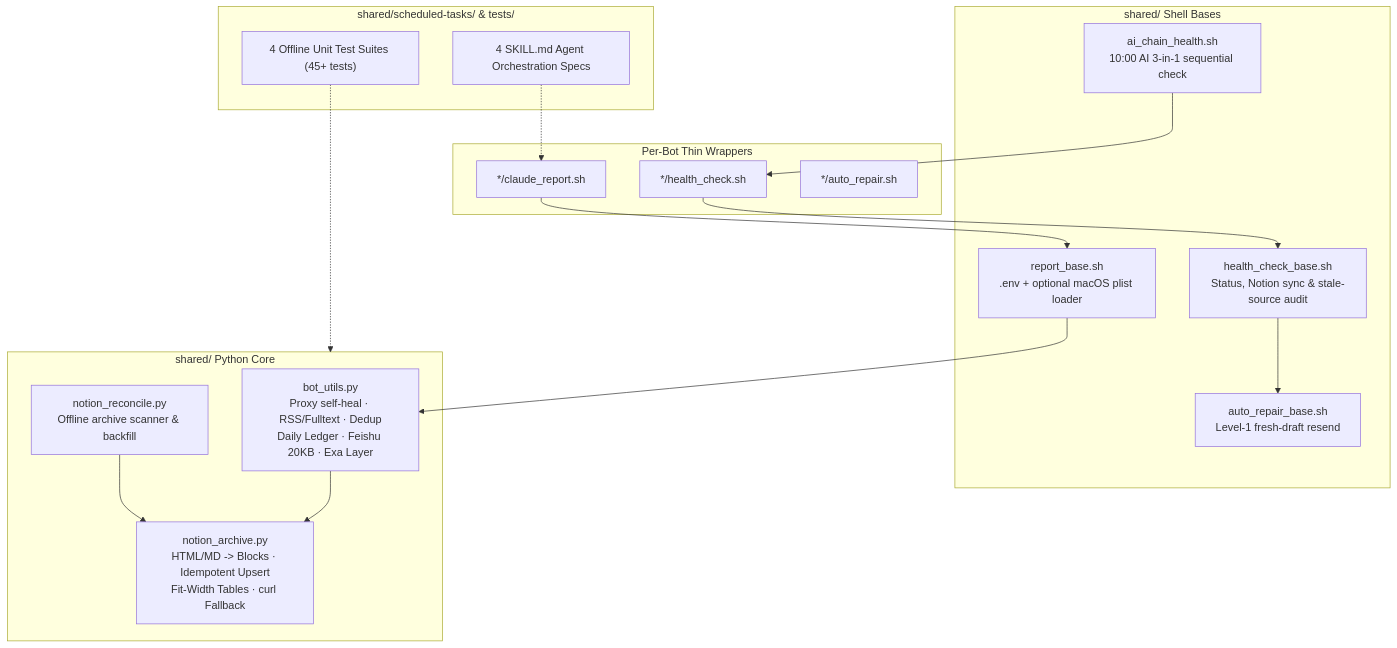
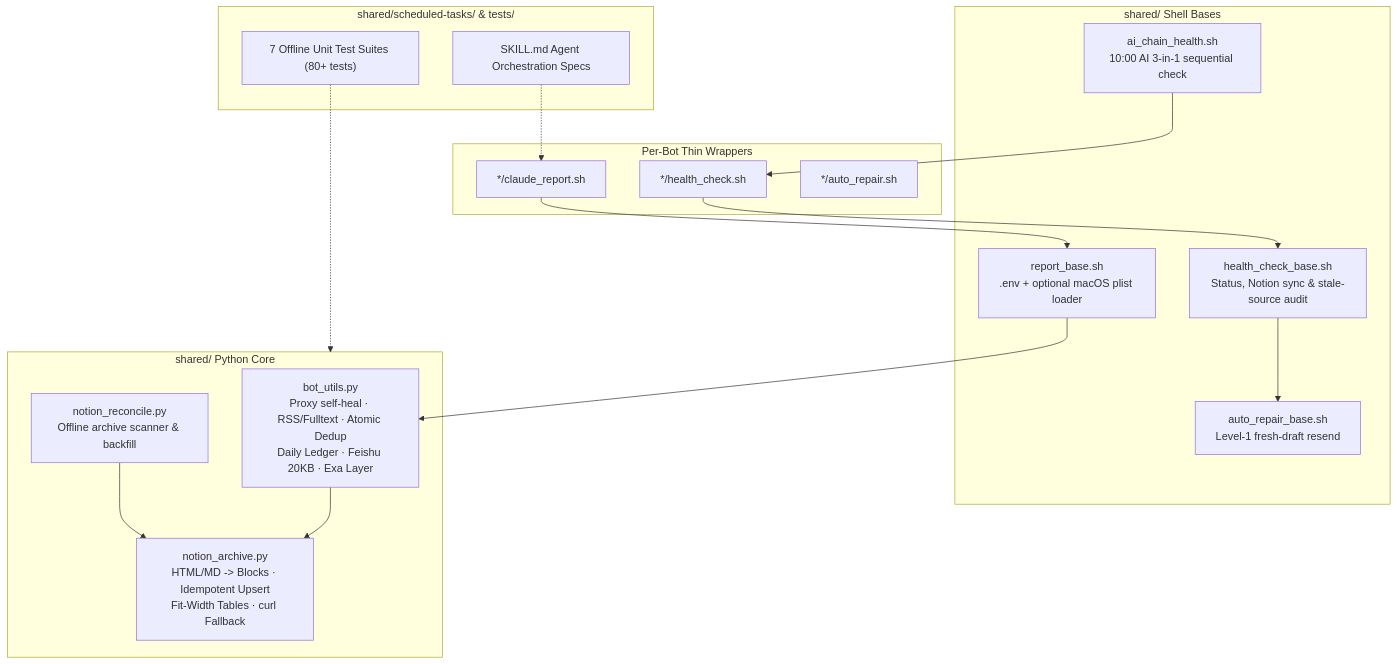
One commit to shirleyisdoingrightthings/daily-bots changed the diagram in shared/README.md. Above: the diagram before and after it, drawn with Mermaid. The commit also changed other lines of this file and 28 other files, not shown here.

````diff
--- a/shared/README.md
+++ b/shared/README.md
@@ -11,34 +11,34 @@
 ```mermaid
 flowchart TB
     subgraph Wrappers["Per-Bot Thin Wrappers"]
         W1["*/claude_report.sh"]
         W2["*/health_check.sh"]
         W3["*/auto_repair.sh"]
     end
 
     subgraph ShellBase["shared/ Shell Bases"]
         RB["report_base.sh<br/>.env + optional macOS plist loader"]
         HB["health_check_base.sh<br/>Status, Notion sync &amp; stale-source audit"]
         AB["auto_repair_base.sh<br/>Level-1 fresh-draft resend"]
         AC["ai_chain_health.sh<br/>10:00 AI 3-in-1 sequential check"]
     end
 
     subgraph PyCore["shared/ Python Core"]
-        BU["bot_utils.py<br/>Proxy self-heal · RSS/Fulltext · Dedup<br/>Daily Ledger · Feishu 20KB · Exa Layer"]
+        BU["bot_utils.py<br/>Proxy self-heal · RSS/Fulltext · Atomic Dedup<br/>Daily Ledger · Feishu 20KB · Exa Layer"]
         NA["notion_archive.py<br/>HTML/MD -&gt; Blocks · Idempotent Upsert<br/>Fit-Width Tables · curl Fallback"]
         NR["notion_reconcile.py<br/>Offline archive scanner &amp; backfill"]
     end
 
     subgraph Specs["shared/scheduled-tasks/ &amp; tests/"]
-        SK["4 SKILL.md Agent Orchestration Specs"]
-        TS["4 Offline Unit Test Suites (45+ tests)"]
+        SK["SKILL.md Agent Orchestration Specs"]
+        TS["7 Offline Unit Test Suites (80+ tests)"]
     end
 
     W1 --> RB --> BU
     W2 --> HB --> AB
     AC --> W2
     BU --> NA
     NR --> NA
     SK -.-> W1
     TS -.-> PyCore
 ```
````
